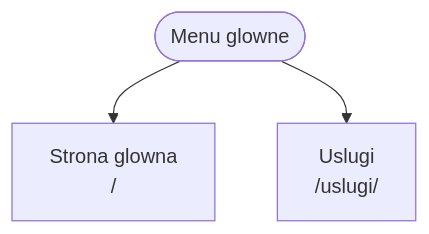
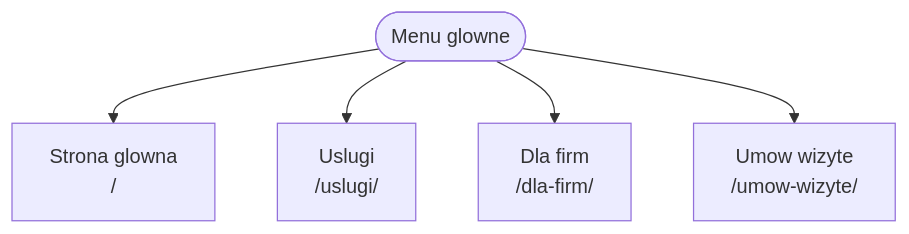
Before and after one commit to waldemar-grabowski/cms-lab: the diagram in README.md, drawn with Mermaid.

Commit message:
Check mermaid

````diff
--- a/README.md
+++ b/README.md
@@ -21,6 +21,9 @@
 ```mermaid
 flowchart TD
   M(["Menu glowne"])
   M --> H["Strona glowna<br>/"]
   M --> U["Uslugi<br>/uslugi/"]
+  M --> F["Dla firm<br>/dla-firm/"]
+  M --> W["Umow wizyte<br>/umow-wizyte/"]
+  
 ```
````
